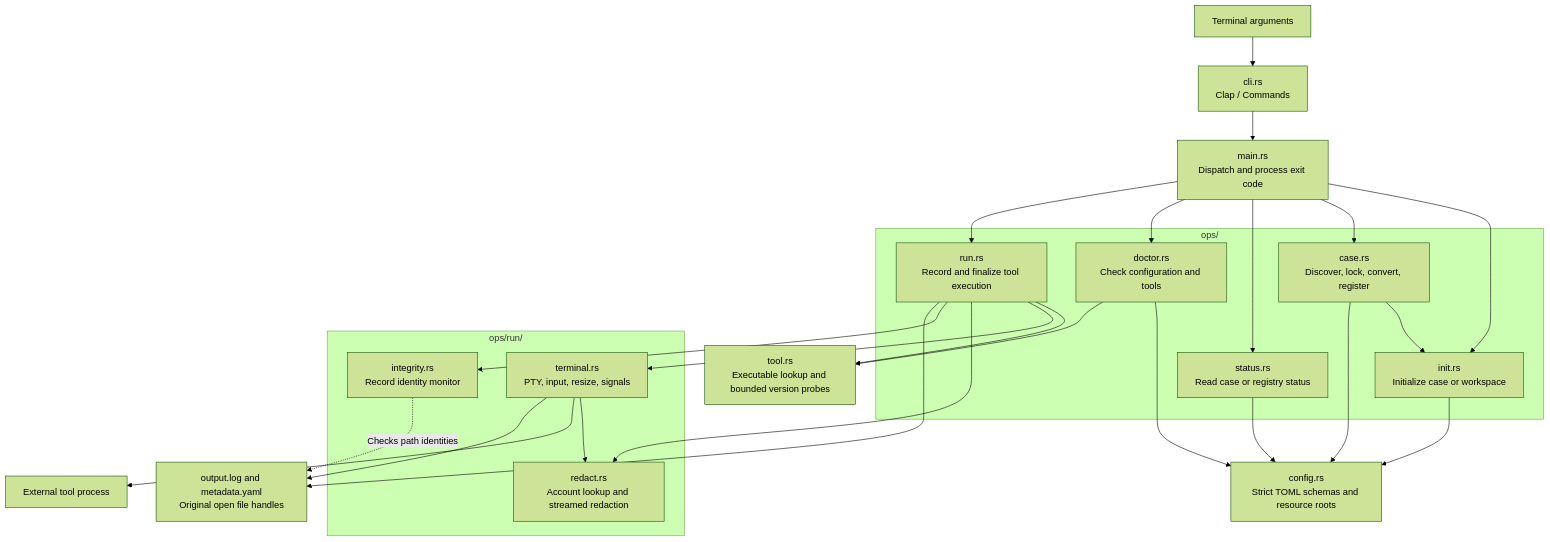
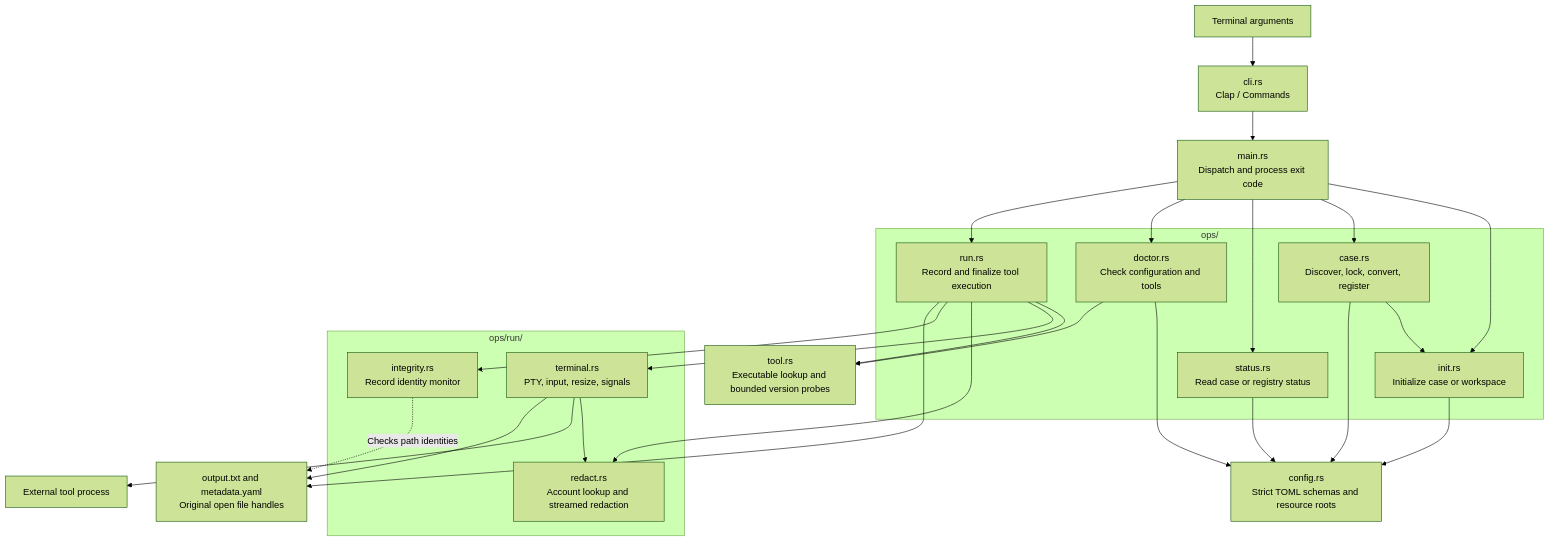
The first of 3 diagrams in docs/dev/architecture.md (laurenthuang/orev), drawn with Mermaid (forest theme) before and after one commit. The commit also changed 12 other files, not shown here.

Commit message:
fix(run): rename output file name to 'output.txt'

````diff
--- a/docs/dev/architecture.md
+++ b/docs/dev/architecture.md
@@ -15,44 +15,44 @@
 ```mermaid
 flowchart TD
     args["Terminal arguments"] --> cli["cli.rs<br/>Clap / Commands"]
     cli --> main["main.rs<br/>Dispatch and process exit code"]
 
     subgraph operations["ops/"]
         init["init.rs<br/>Initialize case or workspace"]
         case["case.rs<br/>Discover, lock, convert, register"]
         status["status.rs<br/>Read case or registry status"]
         doctor["doctor.rs<br/>Check configuration and tools"]
         run["run.rs<br/>Record and finalize tool execution"]
     end
 
     main --> init
     main --> case
     main --> status
     main --> doctor
     main --> run
     case --> init
 
     config["config.rs<br/>Strict TOML schemas and resource roots"]
     init --> config
     case --> config
     status --> config
     doctor --> config
 
     tool["tool.rs<br/>Executable lookup and bounded version probes"]
     doctor --> tool
     run --> tool
 
     subgraph recording["ops/run/"]
         terminal["terminal.rs<br/>PTY, input, resize, signals"]
         redact["redact.rs<br/>Account lookup and streamed redaction"]
         integrity["integrity.rs<br/>Record identity monitor"]
     end
     run --> terminal
     run --> redact
     run --> integrity
     terminal --> redact
     terminal --> child["External tool process"]
-    run --> records["output.log and metadata.yaml<br/>Original open file handles"]
+    run --> records["output.txt and metadata.yaml<br/>Original open file handles"]
     terminal --> records
     integrity -. "Checks path identities" .-> records
 ```
````
